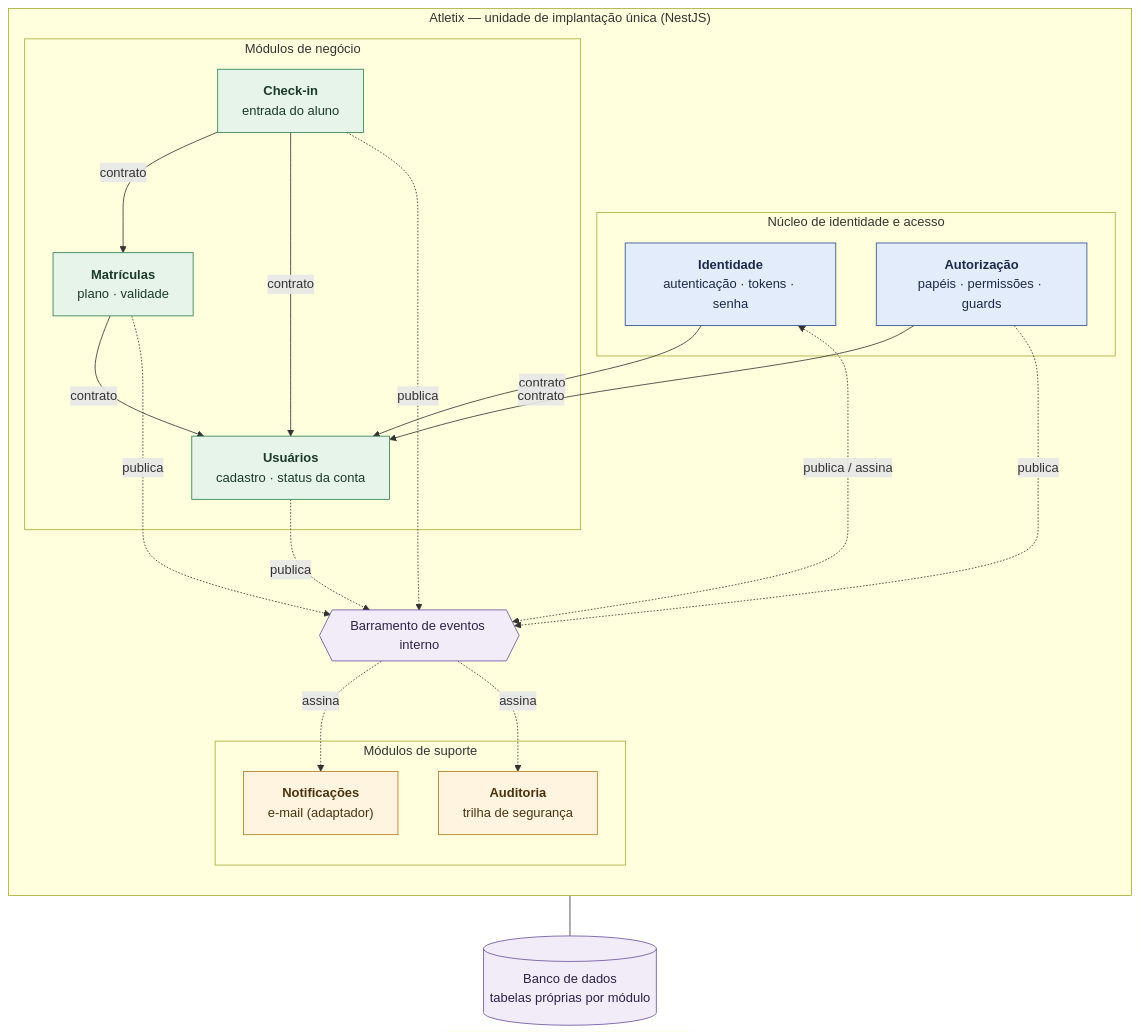
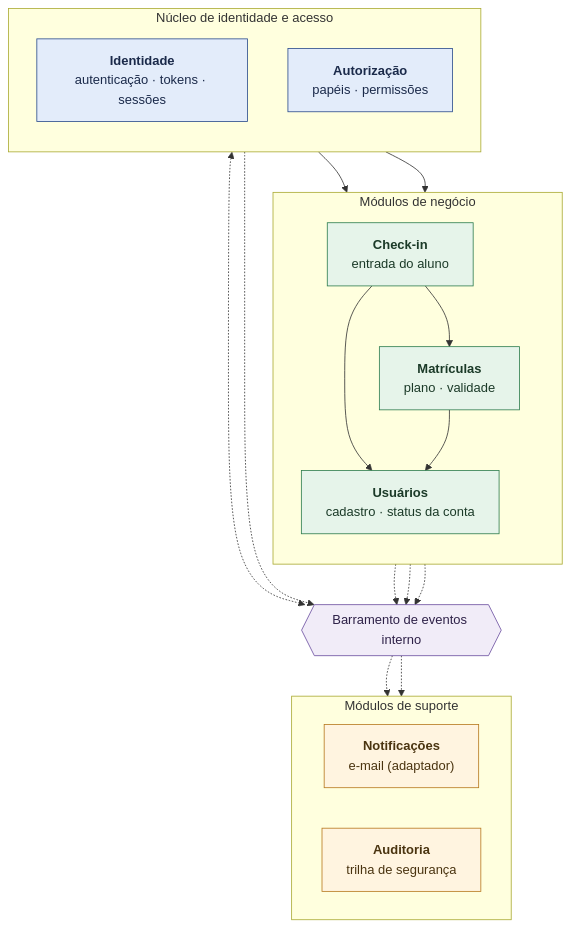
Before and after one commit to dudumiranda3105/Atletix: the second of 2 diagrams in docs/02-estilo-arquitetural.md, drawn with Mermaid. The commit also changed other lines of this file and 21 other files, not shown here.

First line of the commit message:
docs: telas da aplicação, novos diagramas e conascência eliminada

````diff
--- a/docs/02-estilo-arquitetural.md
+++ b/docs/02-estilo-arquitetural.md
@@ -55,44 +85,42 @@
 ```mermaid
 flowchart TB
-    subgraph APP["Atletix — unidade de implantação única (NestJS)"]
+    subgraph NEG["Módulos de negócio"]
         direction TB
-        subgraph NUC["Núcleo de identidade e acesso"]
-            ID["<b>Identidade</b><br/>autenticação · tokens · senha"]
-            AZ["<b>Autorização</b><br/>papéis · permissões · guards"]
-        end
-        subgraph NEG["Módulos de negócio"]
-            CK["<b>Check-in</b><br/>entrada do aluno"]
-            MT["<b>Matrículas</b><br/>plano · validade"]
-            US["<b>Usuários</b><br/>cadastro · status da conta"]
-        end
-        BUS{{"Barramento de eventos interno"}}
-        subgraph SUP["Módulos de suporte"]
-            NT["<b>Notificações</b><br/>e-mail (adaptador)"]
-            AU["<b>Auditoria</b><br/>trilha de segurança"]
-        end
+        CK["<b>Check-in</b><br/>entrada do aluno"]
+        MT["<b>Matrículas</b><br/>plano · validade"]
+        US["<b>Usuários</b><br/>cadastro · status da conta"]
     end
-    DB[("Banco de dados<br/>tabelas próprias por módulo")]
+    subgraph NUC["Núcleo de identidade e acesso"]
+        direction TB
+        ID["<b>Identidade</b><br/>autenticação · tokens · sessões"]
+        AZ["<b>Autorização</b><br/>papéis · permissões"]
+    end
+    BUS{{"Barramento de eventos interno"}}
+    subgraph SUP["Módulos de suporte"]
+        direction LR
+        NT["<b>Notificações</b><br/>e-mail (adaptador)"]
+        AU["<b>Auditoria</b><br/>trilha de segurança"]
+    end
 
-    CK -->|contrato| MT
-    CK -->|contrato| US
-    MT -->|contrato| US
-    ID -->|contrato| US
-    AZ -->|contrato| US
-    ID <-.->|publica / assina| BUS
-    AZ -.->|publica| BUS
-    US -.->|publica| BUS
-    MT -.->|publica| BUS
-    CK -.->|publica| BUS
-    BUS -.->|assina| NT
-    BUS -.->|assina| AU
-    APP --- DB
+    CK --> MT
+    CK --> US
+    MT --> US
+    ID --> US
+    AZ --> US
+    ID <-.-> BUS
+    AZ -.-> BUS
+    US -.-> BUS
+    MT -.-> BUS
+    CK -.-> BUS
+    BUS -.-> NT
+    BUS -.-> AU
 
     classDef nucleo fill:#E3ECFA,stroke:#2B4C8C,color:#1B2A4A
     classDef negocio fill:#E6F4EA,stroke:#2E7D4F,color:#1B3A28
     classDef suporte fill:#FFF4E0,stroke:#B7791F,color:#4A3410
     classDef infra fill:#F1ECF8,stroke:#6B4FA0,color:#2E2148
     class ID,AZ nucleo
     class CK,MT,US negocio
     class NT,AU suporte
-    class BUS,DB infra
+    class BUS infra
 ```
````
